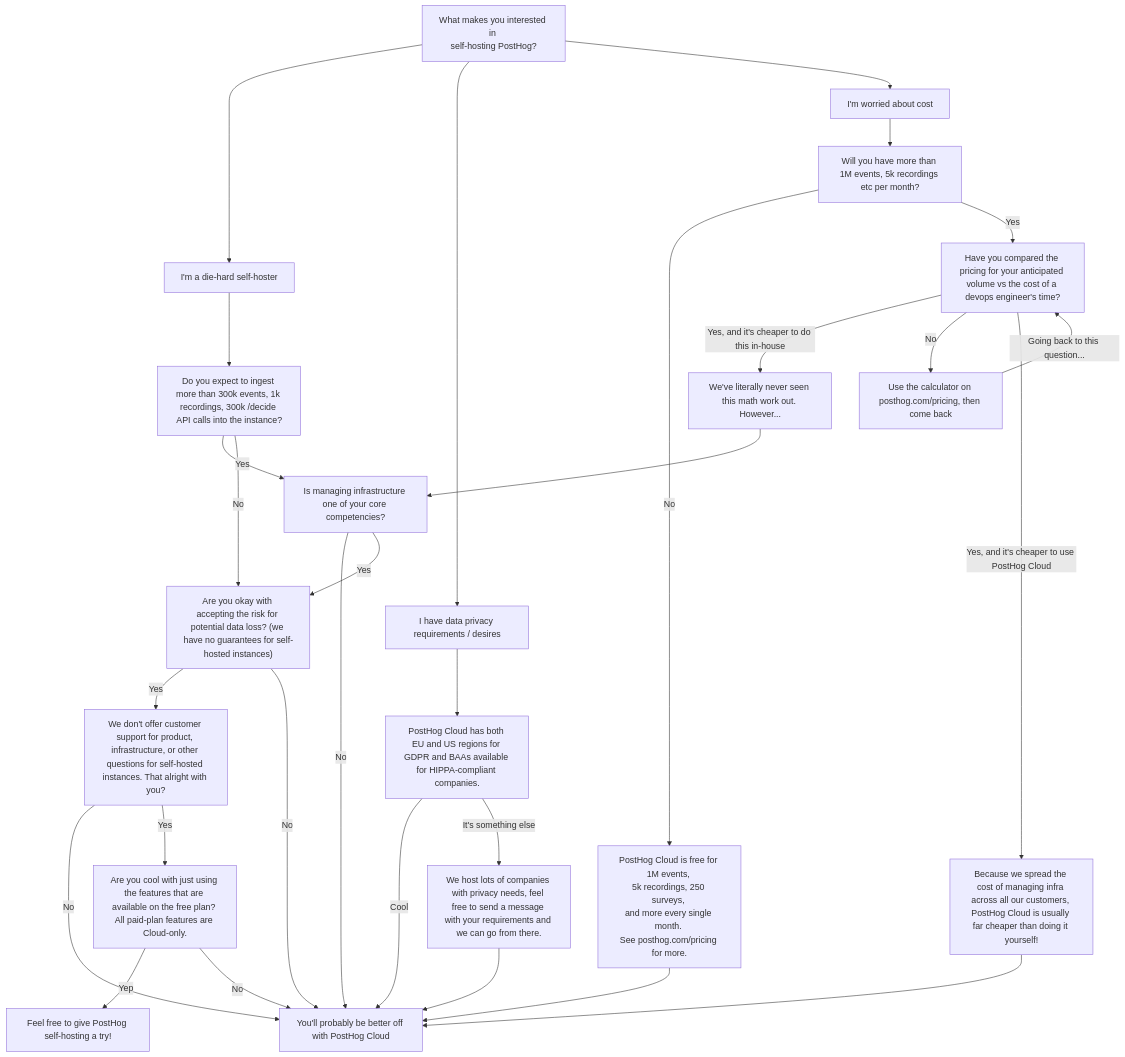
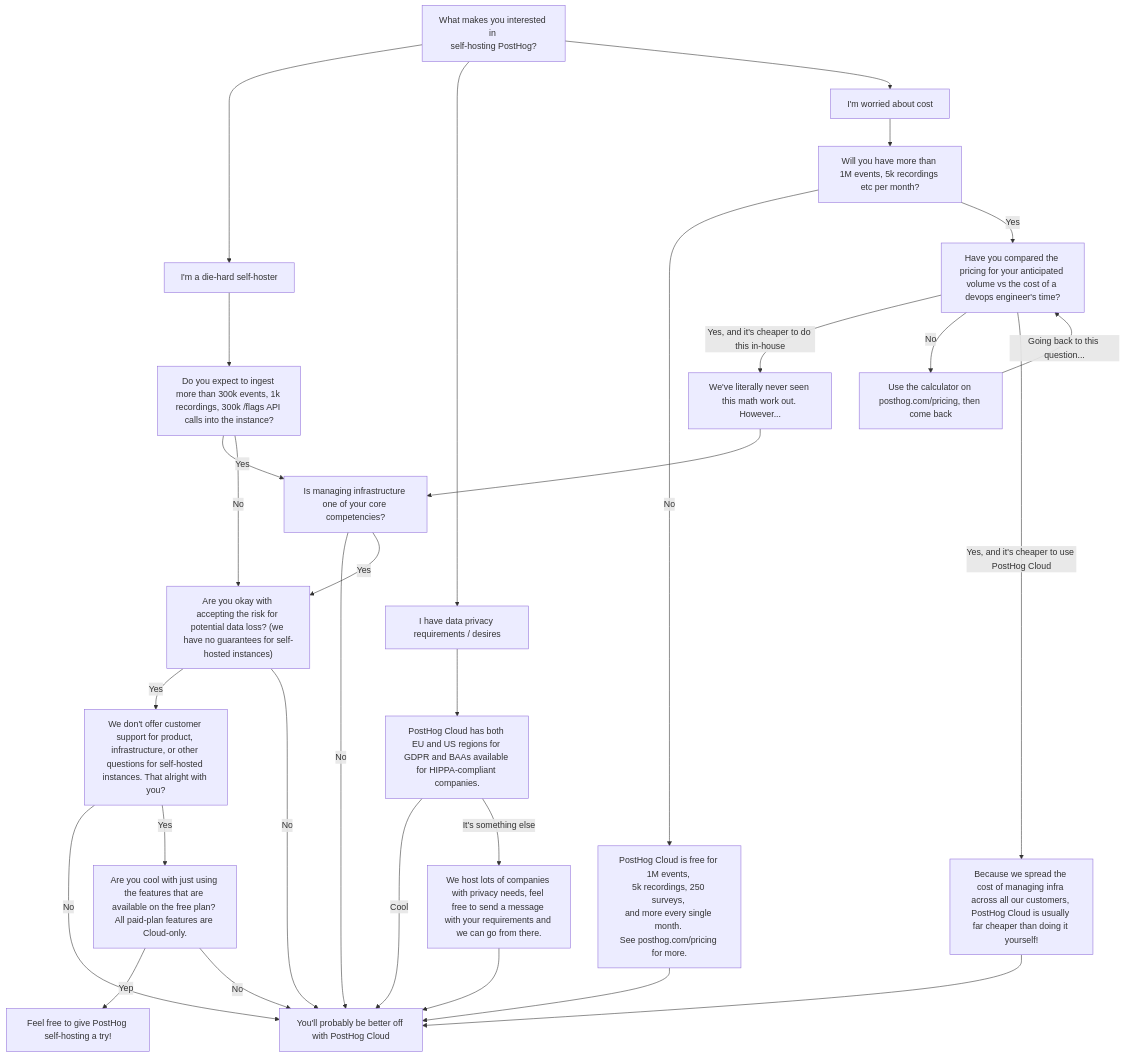
One commit to PostHog/posthog.com changed the diagram in contents/docs/self-host/index.mdx. Above: the diagram before and after it, drawn with Mermaid. The commit also changed 32 other files, not shown here.

````diff
--- a/contents/docs/self-host/index.mdx
+++ b/contents/docs/self-host/index.mdx
@@ -21,35 +21,35 @@
 ```mermaid
 flowchart TD
     start["What makes you interested in <br/>self-hosting PostHog?"] --> diehard["I'm a die-hard self-hoster"] & privacy["I have data privacy requirements / desires"] & worried["I'm worried about cost"]
-    diehard --> B["Do you expect to ingest more than 300k events, 1k recordings, 300k /decide API calls into the instance?"]
+    diehard --> B["Do you expect to ingest more than 300k events, 1k recordings, 300k /flags API calls into the instance?"]
     worried --> events["Will you have more than 1M events, 5k recordings etc per month?"]
     events -- No --> cloud_free["`PostHog Cloud is free for 1M events, 
 5k recordings, 250 surveys, 
 and more every single month. 
 See posthog.com/pricing for more.`"]
     cloud_free --> better_cloud["You'll probably be better off with PostHog Cloud"]
     privacy --> gdpr["PostHog Cloud has both EU and US regions for GDPR and BAAs available for HIPPA-compliant companies."]
     gdpr -- Cool --> better_cloud
     B -- Yes --> infra["Is managing infrastructure one of your core competencies?"]
     B -- No --> risk["Are you okay with accepting the risk for potential data loss? (we have no guarantees for self-hosted instances)"]
     infra -- No --> better_cloud
     events -- Yes --> pricing["Have you compared the pricing for your anticipated volume vs the cost of a devops engineer's time?"]
     pricing -- "Yes, and it's cheaper to do this in-house" --> doubt["We've literally never seen this math work out. However..."]
     doubt --> infra
     gdpr -- It's something else --> other_privacy["We host lots of companies with privacy needs, feel free to send a message with your requirements and we can go from there."]
     other_privacy --> better_cloud
     pricing -- No --> calculator["Use the calculator on posthog.com/pricing, then come back"]
     calculator -- "Going back to this question..." --> pricing
     pricing -- "Yes, and it's cheaper to use PostHog Cloud" --> cloud_cheaper["Because we spread the cost of managing infra across all our customers, PostHog Cloud is usually far cheaper than doing it yourself!"]
     cloud_cheaper --> better_cloud
     infra -- Yes --> risk
     risk -- Yes --> support["We don't offer customer support for product, infrastructure, or other questions for self-hosted instances. That alright with you?"]
     support -- No --> better_cloud
     support -- Yes --> features["Are you cool with just using the features that are available on the free plan? All paid-plan features are Cloud-only."]
     features -- Yep --> try_it["Feel free to give PostHog self-hosting a try!"]
     features -- No --> better_cloud
     risk -- No --> better_cloud
 
     class diehard,privacy,worried,better_cloud,risk,support,try_it decision
     class cloud_free,cloud_cheaper endpoint
 ```
````
